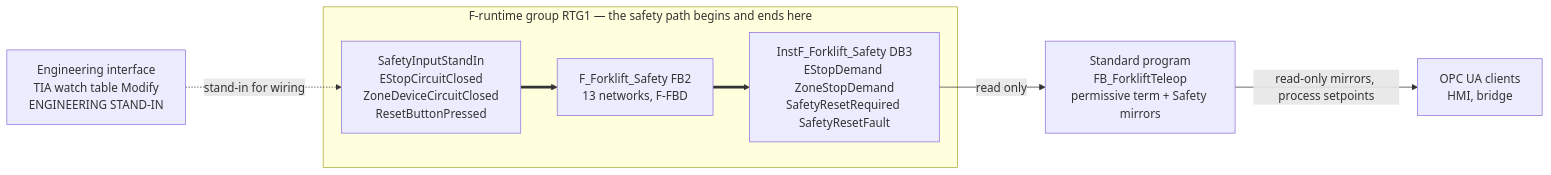
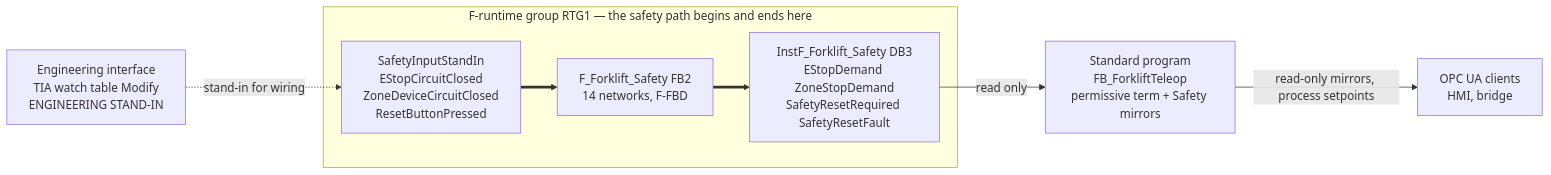
One commit to ozkannceylan/amr-agent changed the diagram in plc/forklift-safety/SPEC.md. Above: the diagram before and after it, drawn with Mermaid. The commit also changed other lines of this file and 1 other file, not shown here.

Commit message:
docs(plc): record the as-built edge networks

````diff
--- a/plc/forklift-safety/SPEC.md
+++ b/plc/forklift-safety/SPEC.md
@@ -56,17 +56,17 @@
 ```mermaid
 graph LR
     subgraph FRT["F-runtime group RTG1 — the safety path begins and ends here"]
         IN["SafetyInputStandIn<br/>EStopCircuitClosed<br/>ZoneDeviceCircuitClosed<br/>ResetButtonPressed"]
-        FB["F_Forklift_Safety FB2<br/>13 networks, F-FBD"]
+        FB["F_Forklift_Safety FB2<br/>14 networks, F-FBD"]
         DB["InstF_Forklift_Safety DB3<br/>EStopDemand ZoneStopDemand<br/>SafetyResetRequired SafetyResetFault"]
     end
     ENG["Engineering interface<br/>TIA watch table Modify<br/>ENGINEERING STAND-IN"]
     STD["Standard program<br/>FB_ForkliftTeleop<br/>permissive term + Safety mirrors"]
     CL["OPC UA clients<br/>HMI, bridge"]
 
     ENG -.->|stand-in for wiring| IN
     IN ==> FB
     FB ==> DB
     DB -->|read only| STD
     STD -->|read-only mirrors, process setpoints| CL
 ```
````
